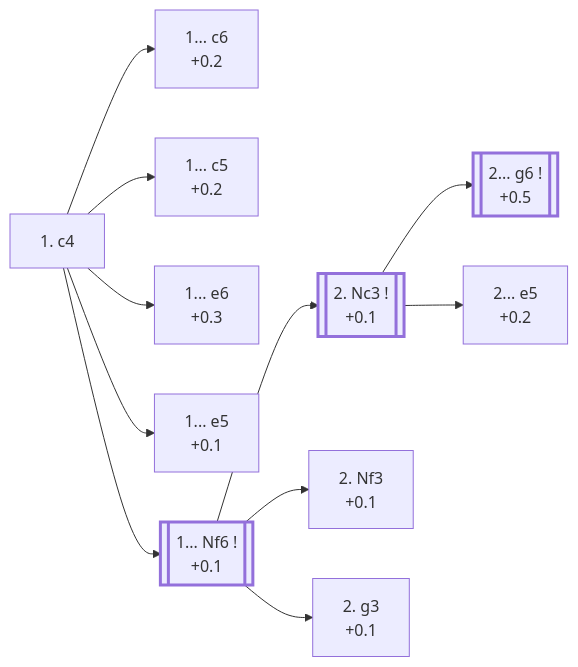
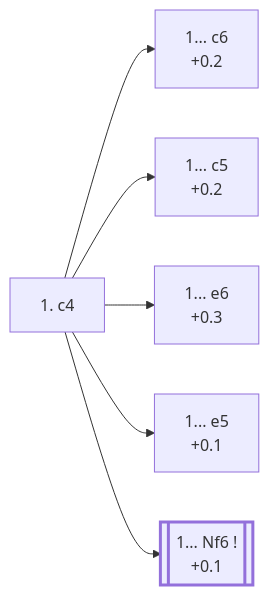
The diagram in c4_openings/A10_English.md (onclemarcel/chess_flashcards), drawn with Mermaid before and after one commit. The commit also changed other lines of this file and 19 other files, not shown here.

````diff
--- a/c4_openings/A10_English.md
+++ b/c4_openings/A10_English.md
@@ -12,30 +14,18 @@
 ```mermaid
 flowchart LR
     classDef main stroke-width:3px;
 
     c4["1. c4"]
     click c4 "#_c4_" "A10 · English Opening"
 
     c4 --> c6a["1... c6<br/>+0.2"]
-    click c6a "#_c6_" "A10 · English Opening"
+    click c6a "https://github.com/onclemarcel/chess_flashcards/blob/main/c4_openings/A11_Caro_Kann_System.md" "A11 · English Opening: Caro-Kann Defensive System"
     c4 --> c5a["1... c5<br/>+0.2"]
-    click c5a "#_c5_" "A30 · English Opening: Symmetrical Variation"
+    click c5a "https://github.com/onclemarcel/chess_flashcards/blob/main/c4_openings/A30_Symmetrical_Variation.md" "A30 · English Opening: Symmetrical Variation"
     c4 --> e6a["1... e6<br/>+0.3"]
-    click e6a "#_e6_" "A13 · English Opening: Agincourt Defense"
+    click e6a "https://github.com/onclemarcel/chess_flashcards/blob/main/c4_openings/A13_Agincourt_Defense.md" "A13 · English Opening: Agincourt Defense"
     c4 --> e5a["1... e5<br/>+0.1"]
-    click e5a "#_e5_" "A10 · English Opening"
+    click e5a "https://github.com/onclemarcel/chess_flashcards/blob/main/c4_openings/A20_Kings_English_Variation.md" "A20 · English Opening: King's English Variation"
     c4 --> Nf6[["1... Nf6 !<br/>+0.1"]]:::main
-    click Nf6 "#_Nf6_" "A15 · English Opening: Anglo-Indian Defense"
-
-    Nf6 --> Nc3b[["2. Nc3 !<br/>+0.1"]]:::main
-    click Nc3b "#_Nf6_Nc3_" "A16 · English Opening: Anglo-Indian Defense, Queen's Knight Variation"
-    Nf6 --> Nf3b["2. Nf3<br/>+0.1"]
-    click Nf3b "#_Nf6_alt_" "A15 · English Opening: Anglo-Indian Defense"
-    Nf6 --> g3b["2. g3<br/>+0.1"]
-    click g3b "#_Nf6_alt_" "A10 · English Opening"
-
-    Nc3b --> g6c[["2... g6 !<br/>+0.5"]]:::main
-    click g6c "#_Nf6_Nc3_g6_" "A10 · English Opening"
-    Nc3b --> e5c["2... e5<br/>+0.2"]
-    click e5c "#_Nf6_Nc3_e5_" "A22 · English Opening: King's English Variation, Two Knights Variation"
+    click Nf6 "https://github.com/onclemarcel/chess_flashcards/blob/main/c4_openings/A15_Anglo_Indian_Defense.md" "A15 · English Opening: Anglo-Indian Defense"
 ```
````
